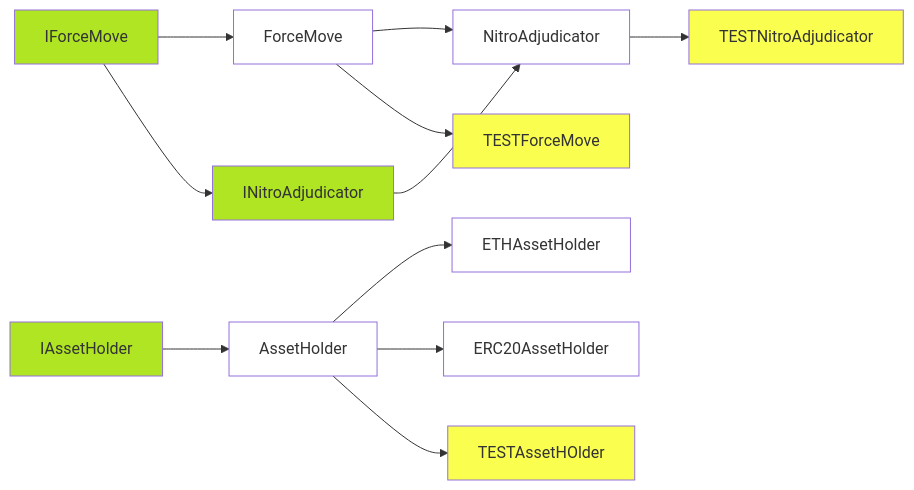
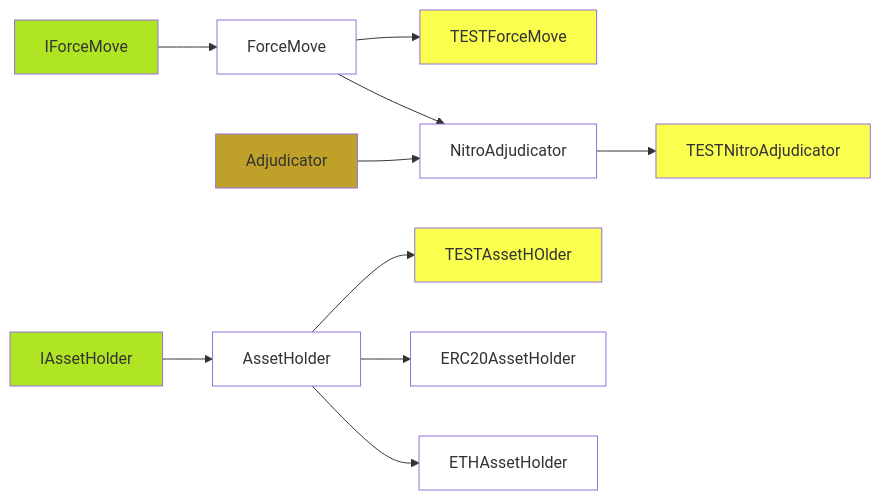
One commit to statechannels/statechannels changed the first of 2 diagrams in packages/nitro-protocol/contracts/inheritance-graph.md. Above: the diagram before and after it, drawn with Mermaid. The commit also changed other lines of this file and 2 other files, not shown here.

Commit message:
INitroAdjuciator abstract -> Adjudicator Interface

````diff
--- a/packages/nitro-protocol/contracts/inheritance-graph.md
+++ b/packages/nitro-protocol/contracts/inheritance-graph.md
@@ -3,23 +3,24 @@
 ```mermaid
 graph LR
 linkStyle default interpolate basis
 IForceMove--> ForceMove
-IForceMove--> INitroAdjudicator
-INitroAdjudicator--> NitroAdjudicator
+Adjudicator--> NitroAdjudicator
 ForceMove--> NitroAdjudicator
 IAssetHolder--> AssetHolder
 AssetHolder-->ETHAssetHolder
 AssetHolder-->ERC20AssetHolder
 
 ForceMove-->TESTForceMove
 NitroAdjudicator--> TESTNitroAdjudicator
 
 AssetHolder-->TESTAssetHOlder
 
 classDef Contract fill:#ffffff;
 classDef Abstract fill:#afe523;
+classDef Interface fill:#bfa129;
 classDef TestContract fill:#fafe4f;
-class IForceMove,INitroAdjudicator,IAssetHolder Abstract;
+class IForceMove,IAssetHolder Abstract;
+class Adjudicator Interface;
 class NitroAdjudicator,ForceMove,AssetHolder,ETHAssetHolder,ERC20AssetHolder Contract;
 class TESTForceMove,TESTNitroAdjudicator,TESTAssetHOlder TestContract;
 ```
````
